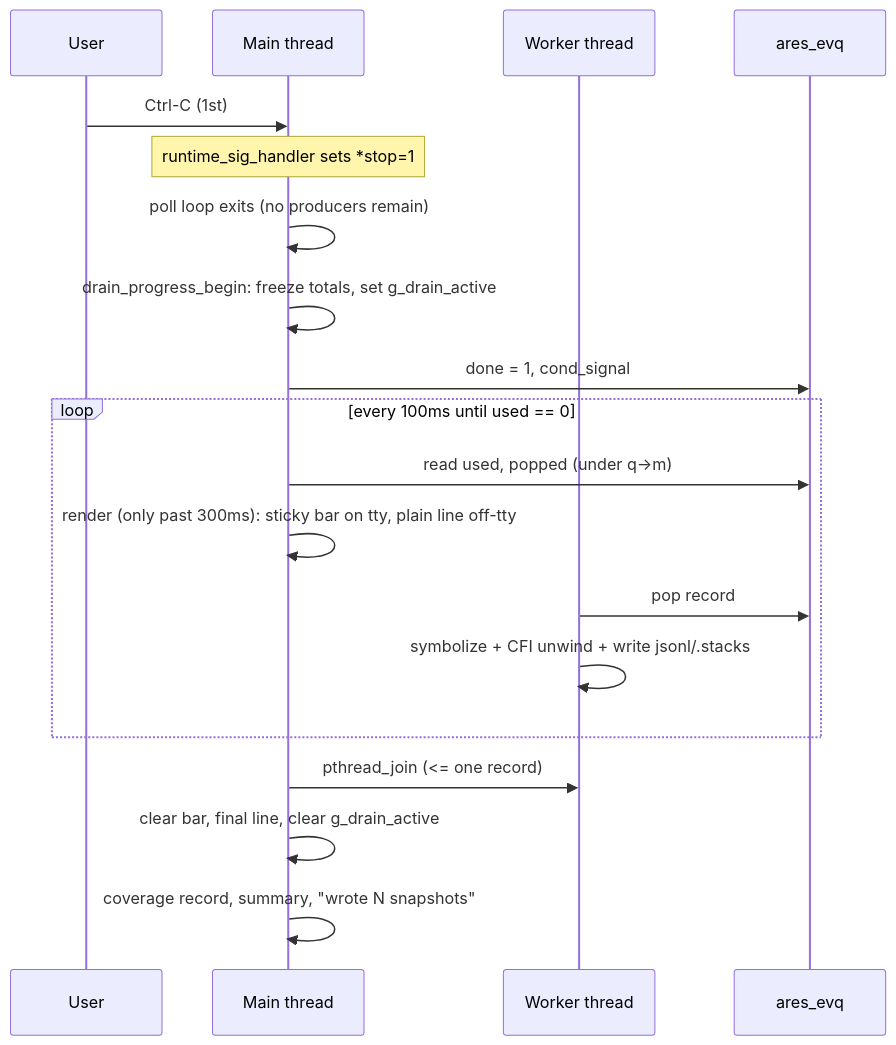
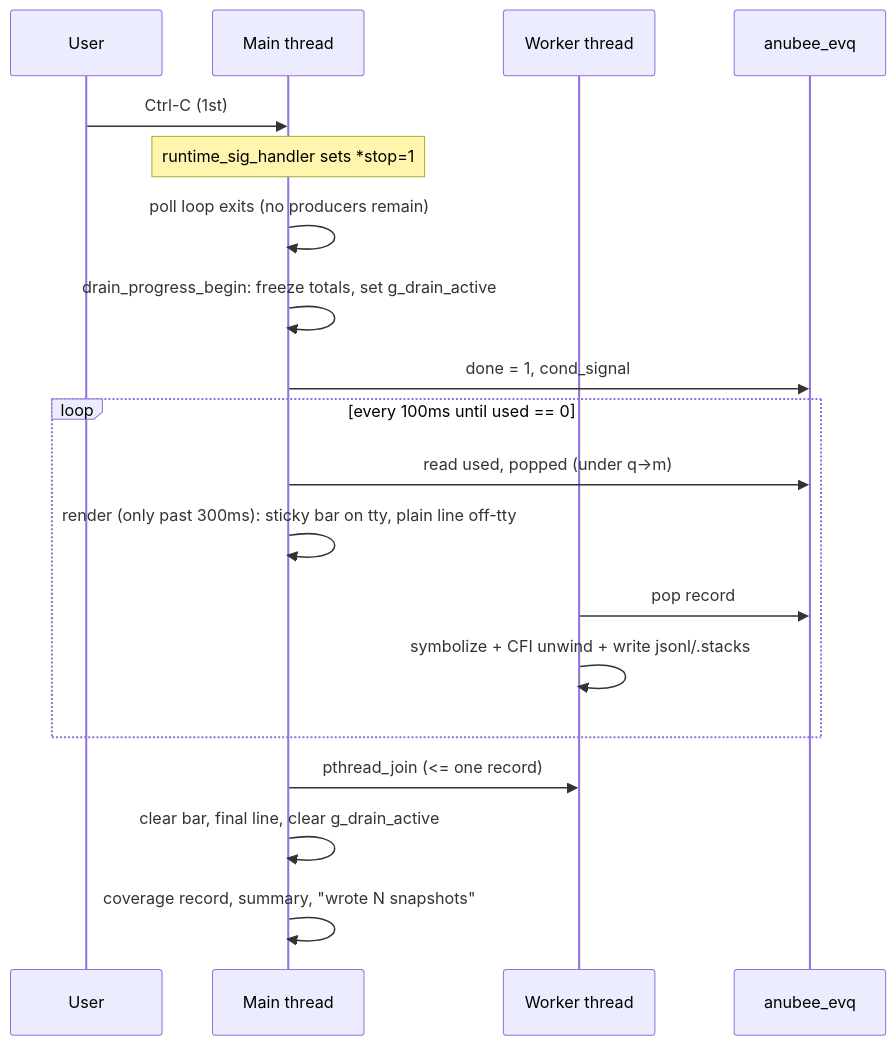
Before and after one commit to michaelaurelio/Anubee: the fourth of 4 diagrams in DOCUMENTATION.md, drawn with Mermaid. The commit also changed other lines of this file and 198 other files, not shown here.

First line of the commit message:
repo: rename project ARES to Anubee

````diff
--- a/DOCUMENTATION.md
+++ b/DOCUMENTATION.md
@@ -1515,22 +1515,22 @@
 ```mermaid
 sequenceDiagram
     participant U as User
     participant M as Main thread
     participant W as Worker thread
-    participant Q as ares_evq
+    participant Q as anubee_evq
 
     U->>M: Ctrl-C (1st)
     Note over M: runtime_sig_handler sets *stop=1
     M->>M: poll loop exits (no producers remain)
     M->>M: drain_progress_begin: freeze totals, set g_drain_active
     M->>Q: done = 1, cond_signal
     loop every 100ms until used == 0
         M->>Q: read used, popped (under q->m)
         M->>M: render (only past 300ms): sticky bar on tty, plain line off-tty
         W->>Q: pop record
         W->>W: symbolize + CFI unwind + write jsonl/.stacks
     end
     M->>W: pthread_join (<= one record)
     M->>M: clear bar, final line, clear g_drain_active
     M->>M: coverage record, summary, "wrote N snapshots"
 ```
````
